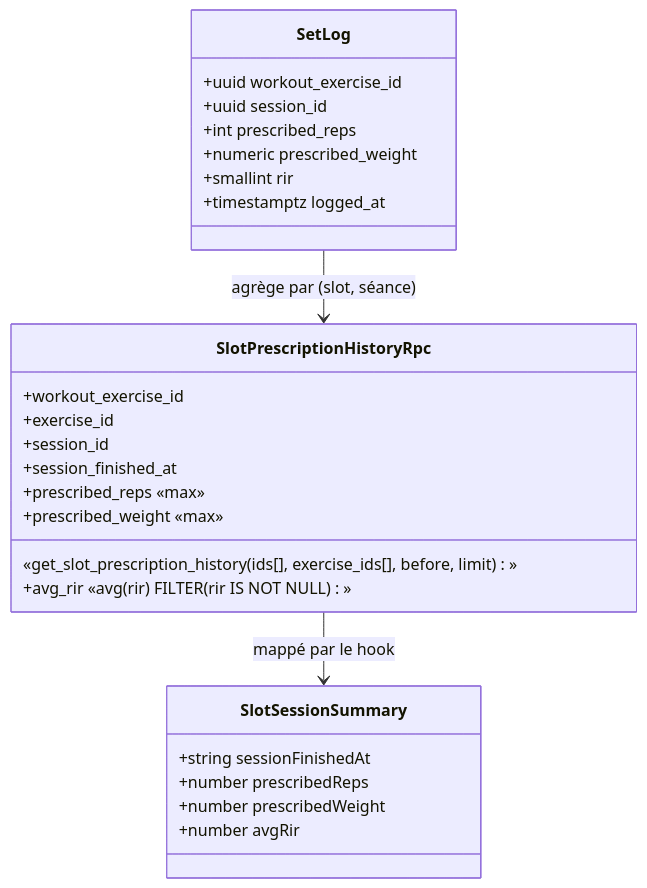
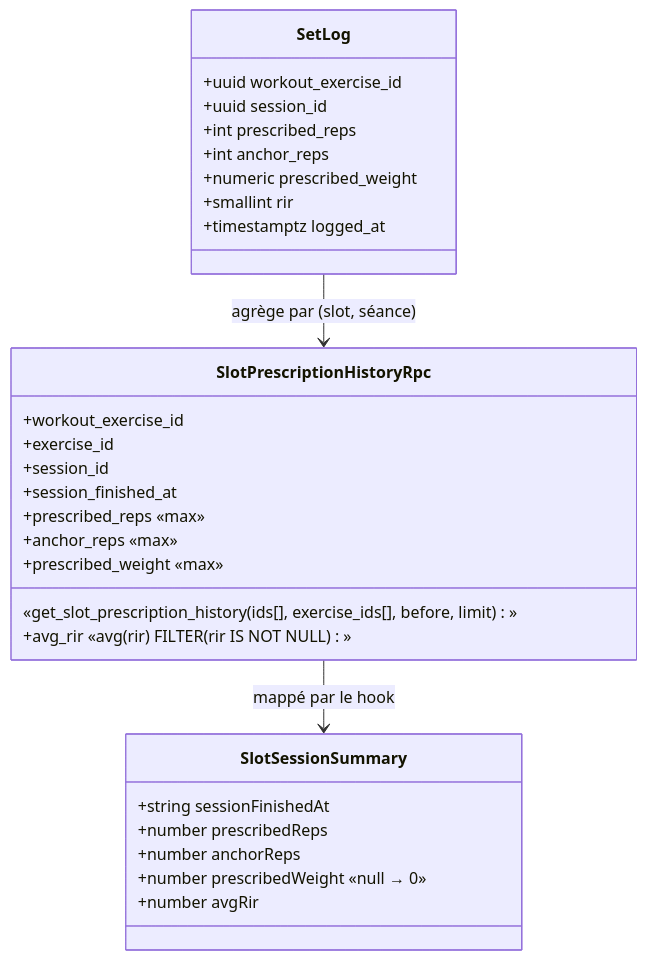
One commit to PierreTsia/workout-app changed the first of 2 diagrams in docs/Tech_Plan_—_Sortie_de_blocage_(décharge_planifiée)_#705.md. Above: the diagram before and after it, drawn with Mermaid. The commit also changed other lines of this file and 7 other files, not shown here.

````diff
--- a/docs/Tech_Plan_—_Sortie_de_blocage_(décharge_planifiée)_#705.md
+++ b/docs/Tech_Plan_—_Sortie_de_blocage_(décharge_planifiée)_#705.md
@@ -44,29 +53,32 @@
 ```mermaid
 classDiagram
   class SetLog {
     +uuid workout_exercise_id
     +uuid session_id
     +int prescribed_reps
+    +int anchor_reps
     +numeric prescribed_weight
     +smallint rir
     +timestamptz logged_at
   }
   class SlotPrescriptionHistoryRpc {
     «get_slot_prescription_history(ids[], exercise_ids[], before, limit)»
     +workout_exercise_id
     +exercise_id
     +session_id
     +session_finished_at
     +prescribed_reps «max»
+    +anchor_reps «max»
     +prescribed_weight «max»
     +avg_rir «avg(rir) FILTER (rir IS NOT NULL)»
   }
   class SlotSessionSummary {
     +string sessionFinishedAt
     +number prescribedReps
-    +number prescribedWeight
+    +number anchorReps
+    +number prescribedWeight «null → 0»
     +number avgRir
   }
   SetLog --> SlotPrescriptionHistoryRpc : agrège par (slot, séance)
   SlotPrescriptionHistoryRpc --> SlotSessionSummary : mappé par le hook
 ```
````
